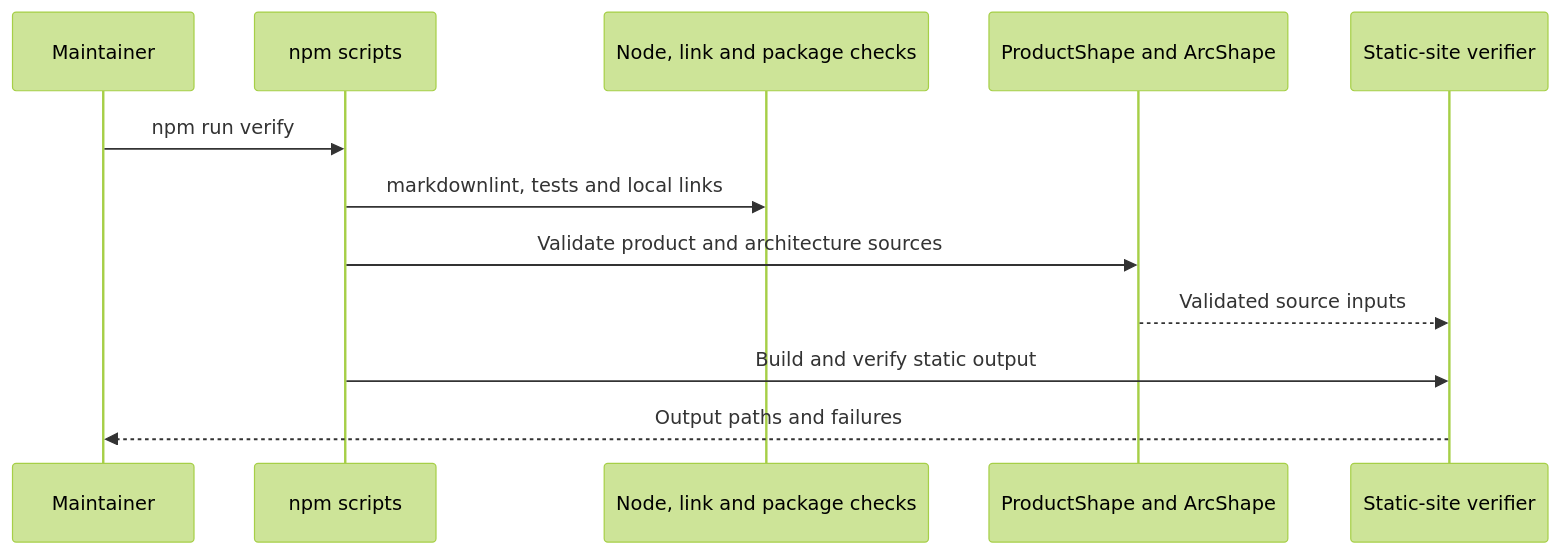
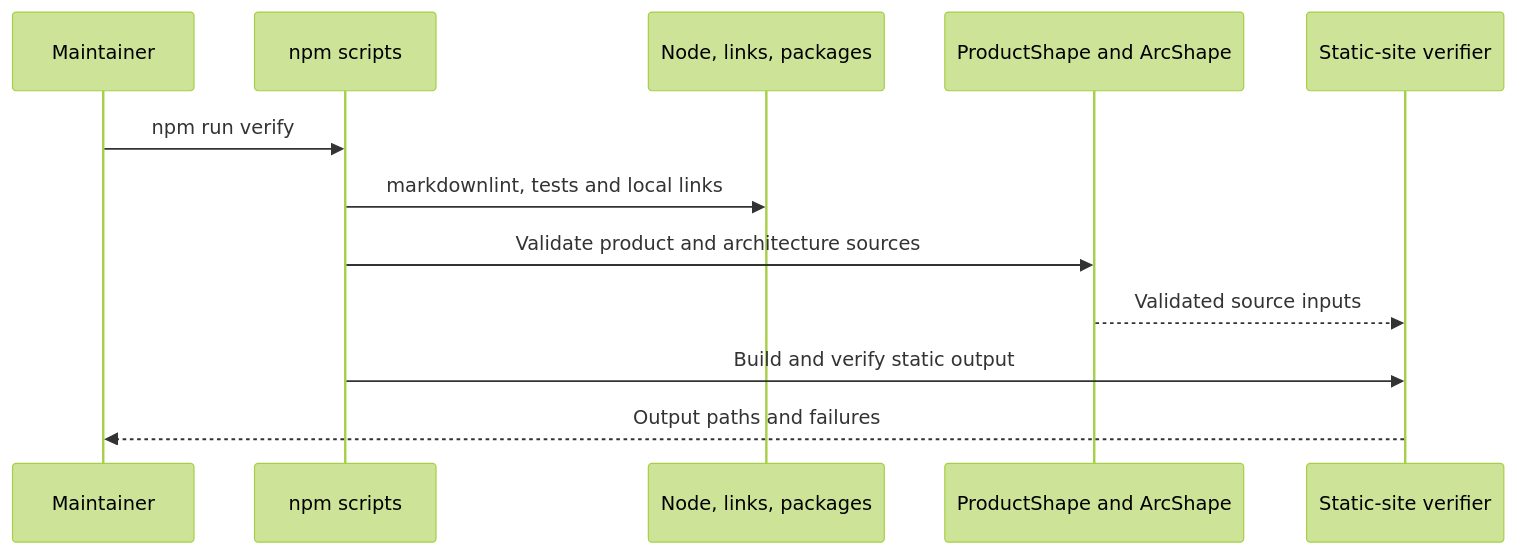
One commit to juangcarmona/lighthouse changed the fifth of 7 diagrams in docs/architecture/06-runtime-view/README.md. Above: the diagram before and after it, drawn with Mermaid (forest theme). The commit also changed 29 other files, not shown here.

````diff
--- a/docs/architecture/06-runtime-view/README.md
+++ b/docs/architecture/06-runtime-view/README.md
@@ -92,15 +92,15 @@
 ```mermaid
 sequenceDiagram
     accTitle: Current package and public-site verification
     participant Maintainer
     participant NPM as npm scripts
-    participant Tests as Node, link and package checks
+    participant Tests as Node, links, packages
     participant Authorities as ProductShape and ArcShape
     participant Site as Static-site verifier
     Maintainer->>NPM: npm run verify
     NPM->>Tests: markdownlint, tests and local links
     NPM->>Authorities: Validate product and architecture sources
     Authorities-->>Site: Validated source inputs
     NPM->>Site: Build and verify static output
     Site-->>Maintainer: Output paths and failures
 ```
````
